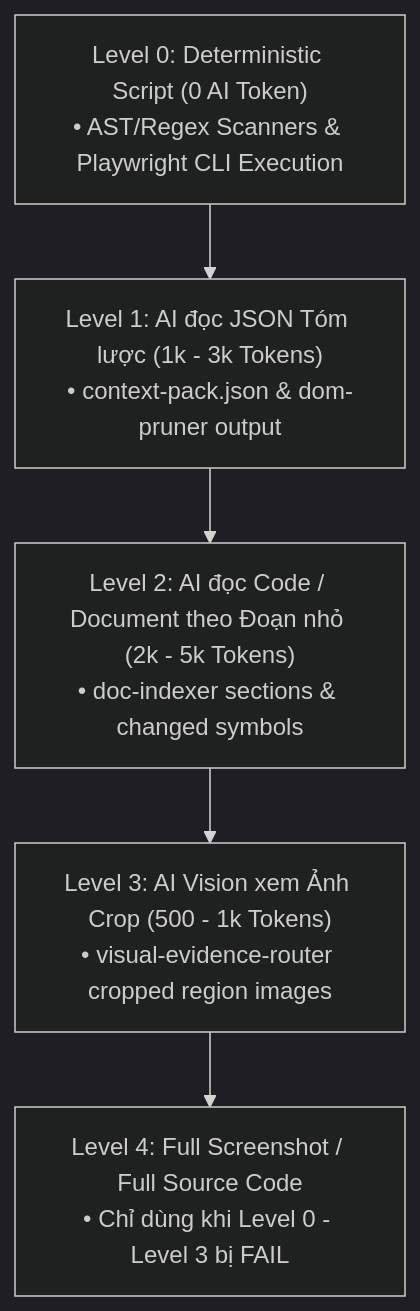
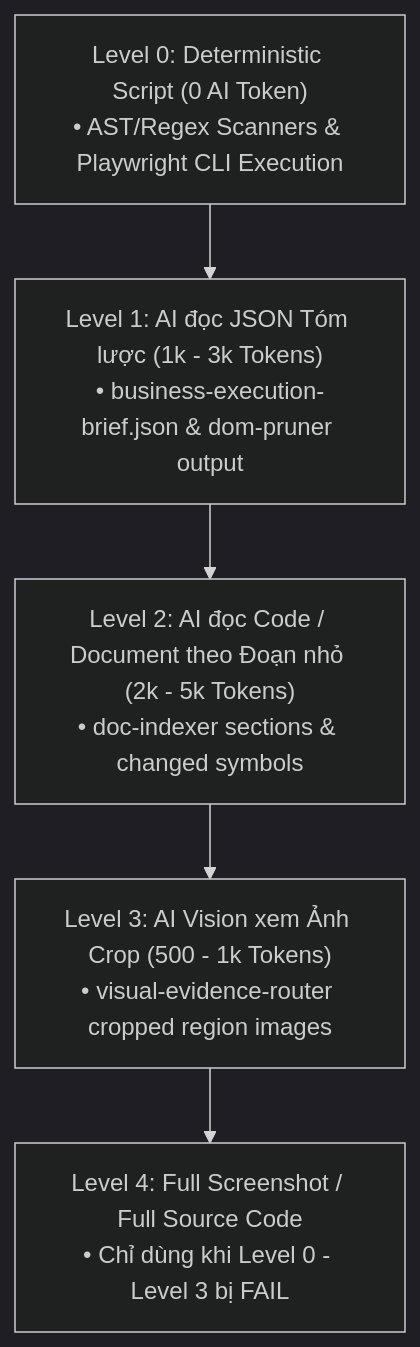
One commit to tqphong02/QA-skill changed the third of 3 diagrams in SKILL_FLOW_MAPPING.md. Above: the diagram before and after it, drawn with Mermaid (dark theme). The commit also changed other lines of this file and 14 other files, not shown here.

Commit message:
update skill qa-run knownlege business flow

````diff
--- a/SKILL_FLOW_MAPPING.md
+++ b/SKILL_FLOW_MAPPING.md
@@ -435,8 +435,8 @@
 ```mermaid
 flowchart TD
     L0["Level 0: Deterministic Script (0 AI Token)\n• AST/Regex Scanners & Playwright CLI Execution"] --> L1
-    L1["Level 1: AI đọc JSON Tóm lược (1k - 3k Tokens)\n• context-pack.json & dom-pruner output"] --> L2
+    L1["Level 1: AI đọc JSON Tóm lược (1k - 3k Tokens)\n• business-execution-brief.json & dom-pruner output"] --> L2
     L2["Level 2: AI đọc Code / Document theo Đoạn nhỏ (2k - 5k Tokens)\n• doc-indexer sections & changed symbols"] --> L3
     L3["Level 3: AI Vision xem Ảnh Crop (500 - 1k Tokens)\n• visual-evidence-router cropped region images"] --> L4
     L4["Level 4: Full Screenshot / Full Source Code\n• Chỉ dùng khi Level 0 - Level 3 bị FAIL"]
 ```
````
